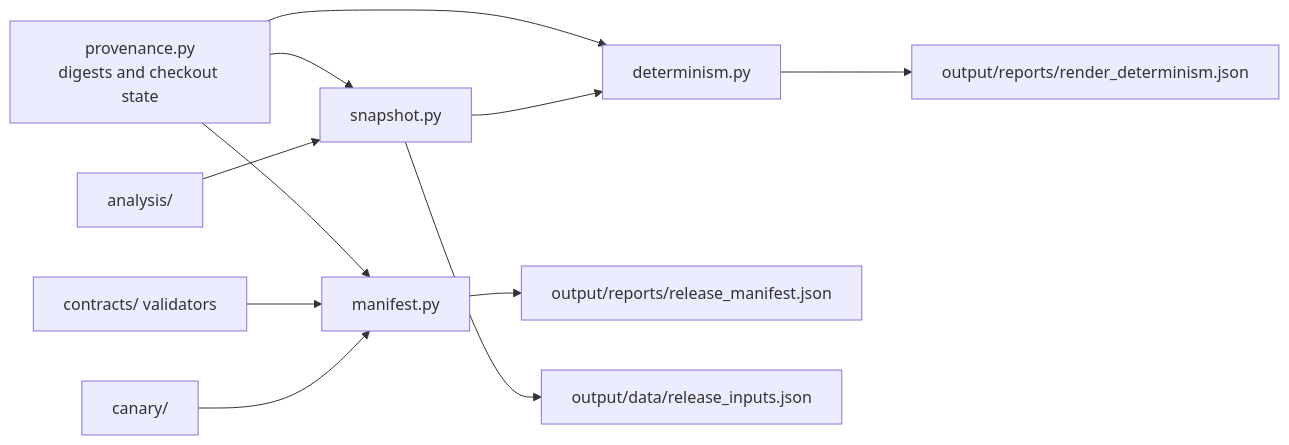
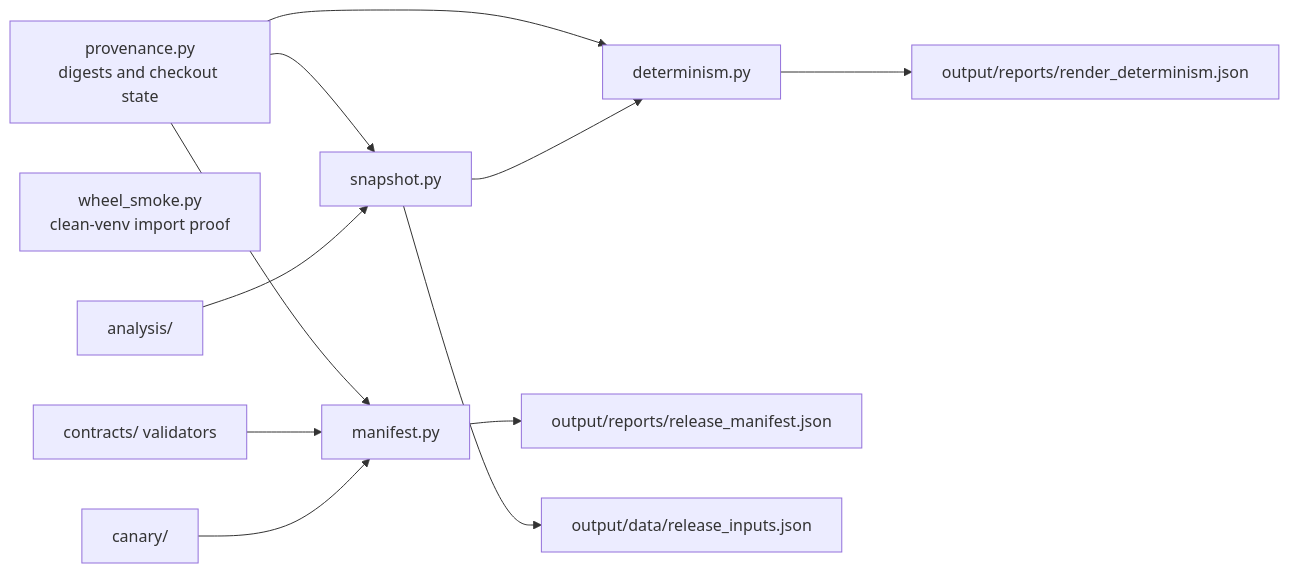
One commit to docxology/red_line changed the diagram in src/red_line/release/README.md. Above: the diagram before and after it, drawn with Mermaid. The commit also changed other lines of this file and 22 other files, not shown here.

````diff
--- a/src/red_line/release/README.md
+++ b/src/red_line/release/README.md
@@ -7,13 +7,14 @@
 ```mermaid
 flowchart LR
   provenance["provenance.py<br/>digests and checkout state"] --> snapshot["snapshot.py"]
   provenance --> manifest["manifest.py"]
   provenance --> determinism["determinism.py"]
+  wheel_smoke["wheel_smoke.py<br/>clean-venv import proof"]
   snapshot --> determinism
   analysis["analysis/"] --> snapshot
   contracts["contracts/ validators"] --> manifest
   canary["canary/"] --> manifest
   manifest --> report["output/reports/release_manifest.json"]
   snapshot --> inputs["output/data/release_inputs.json"]
   determinism --> render["output/reports/render_determinism.json"]
 ```
````
